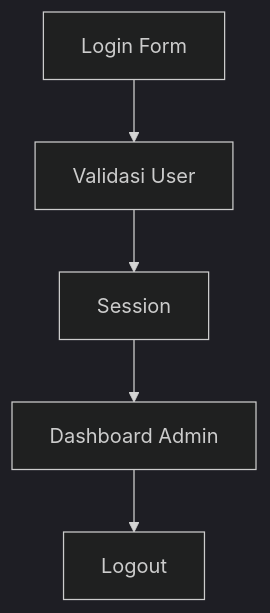
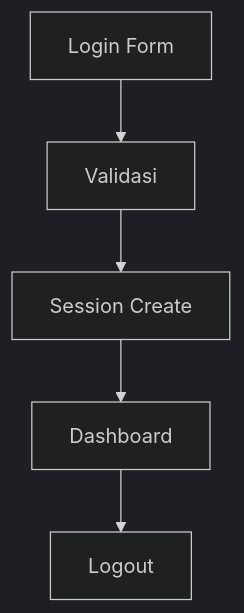
The sixth of 10 diagrams in README.md (dnrprsty/Web2_Praktikum), drawn with Mermaid (dark theme) before and after one commit. The commit also changed other lines of this file, not shown here.

````diff
--- a/README.md
+++ b/README.md
@@ -129,7 +313,7 @@
 ```mermaid
 flowchart TD
-    A[Login Form] --> B[Validasi User]
-    B --> C[Session]
-    C --> D[Dashboard Admin]
+    A[Login Form] --> B[Validasi]
+    B --> C[Session Create]
+    C --> D[Dashboard]
     D --> E[Logout]
 ```
````
